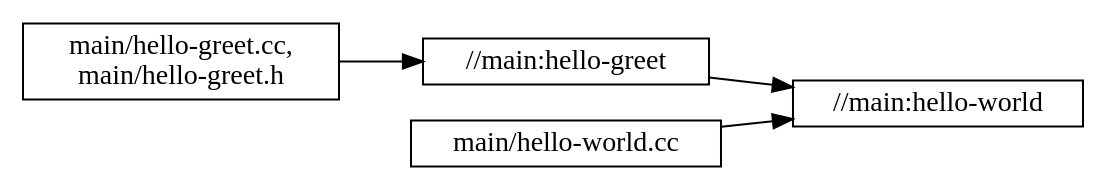
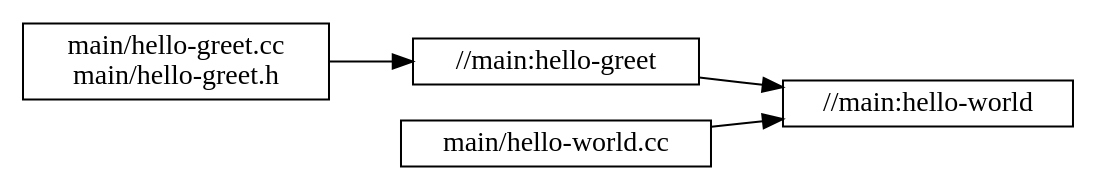
The seventh of 9 diagrams in website/blog/modules/ROOT/pages/8-what-is-a-build-tool.adoc (com-lihaoyi/mill), drawn with Graphviz before and after one commit.

````diff
--- a/website/blog/modules/ROOT/pages/8-what-is-a-build-tool.adoc
+++ b/website/blog/modules/ROOT/pages/8-what-is-a-build-tool.adoc
@@ -513,9 +513,9 @@
 ```graphviz
 digraph G {
   rankdir=LR
   node [shape=box width=0 height=0 style=filled fillcolor=white]
-  "main/hello-greet.cc,\nmain/hello-greet.h" -> "//main:hello-greet"
+  "main/hello-greet.cc\nmain/hello-greet.h" -> "//main:hello-greet"
   "//main:hello-greet" -> "//main:hello-world"
   "main/hello-world.cc" -> "//main:hello-world"
 }
 ```
````
